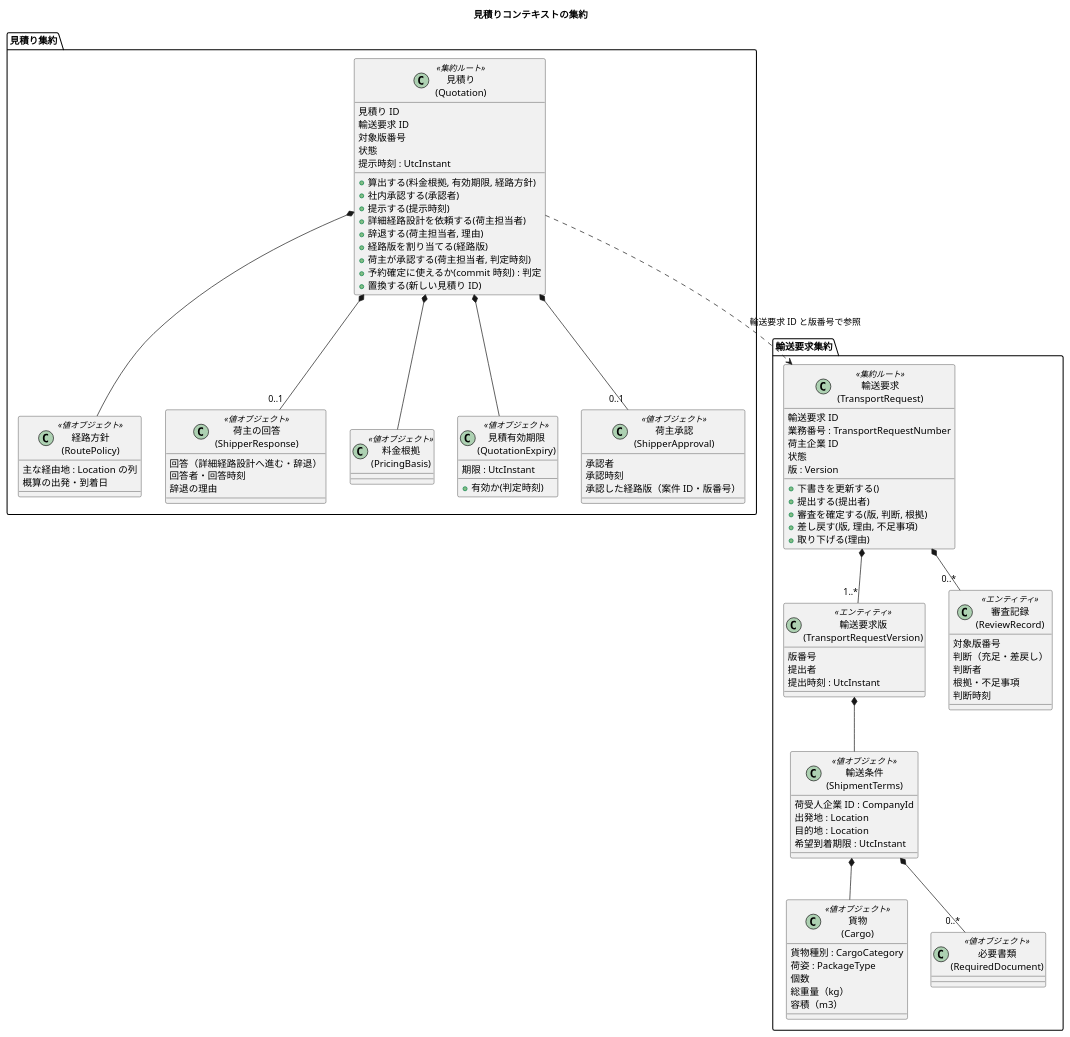
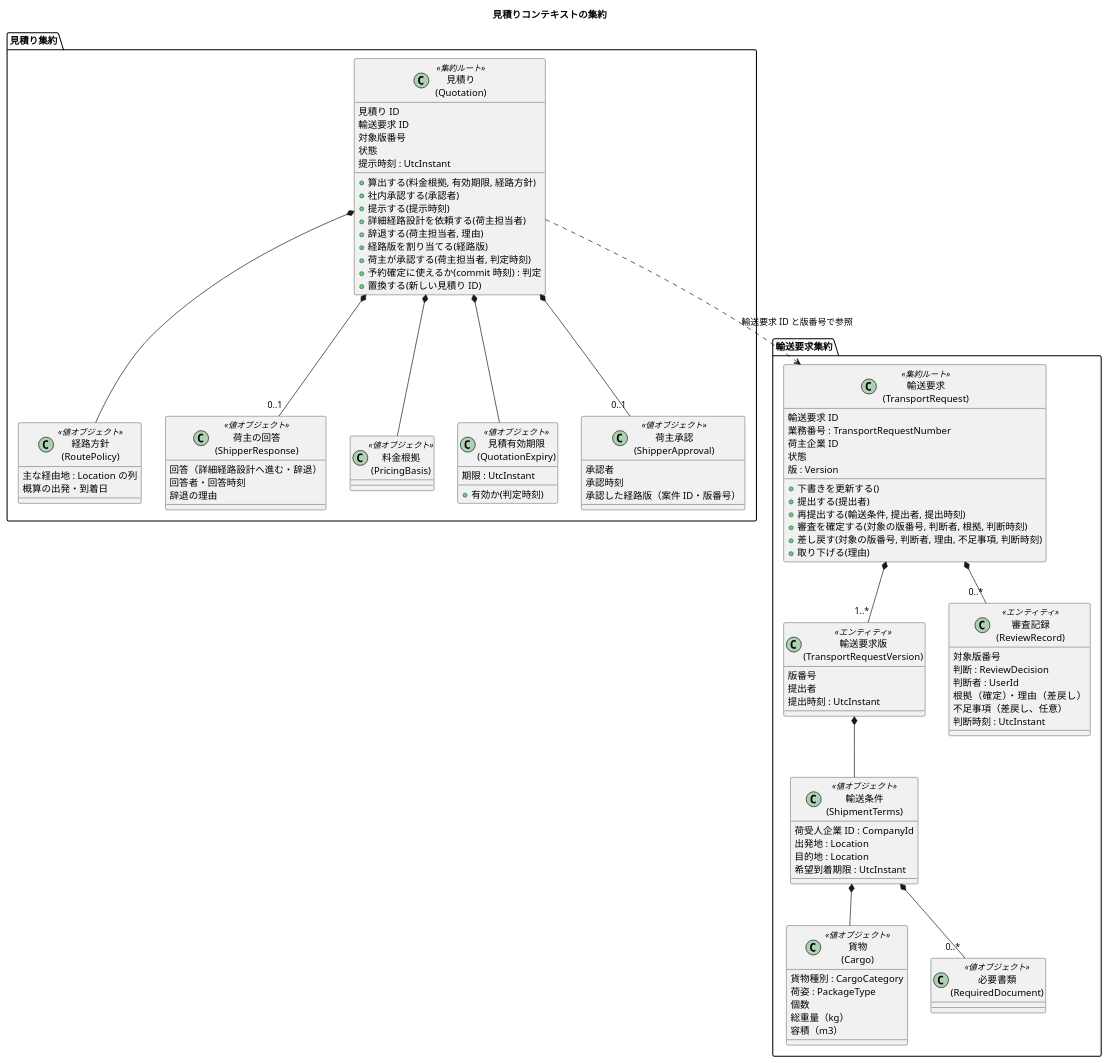
The third of 15 diagrams in docs/design/cargo-tracker/domain_model.md (k2works/practical-domain-driven-design-in-enterpris-application), drawn with PlantUML before and after one commit. The commit also changed other lines of this file and 6 other files, not shown here.

```diff
--- a/docs/design/cargo-tracker/domain_model.md
+++ b/docs/design/cargo-tracker/domain_model.md
@@ -207,8 +209,9 @@
     版 : Version
     + 下書きを更新する()
     + 提出する(提出者)
-    + 審査を確定する(版, 判断, 根拠)
-    + 差し戻す(版, 理由, 不足事項)
+    + 再提出する(輸送条件, 提出者, 提出時刻)
+    + 審査を確定する(対象の版番号, 判断者, 根拠, 判断時刻)
+    + 差し戻す(対象の版番号, 判断者, 理由, 不足事項, 判断時刻)
     + 取り下げる(理由)
   }
   class "輸送要求版\n(TransportRequestVersion)" as TRV <<エンティティ>> {
@@ -232,10 +235,11 @@
   class "必要書類\n(RequiredDocument)" as Doc <<値オブジェクト>>
   class "審査記録\n(ReviewRecord)" as Review <<エンティティ>> {
     対象版番号
-    判断（充足・差戻し）
-    判断者
-    根拠・不足事項
-    判断時刻
+    判断 : ReviewDecision
+    判断者 : UserId
+    根拠（確定）・理由（差戻し）
+    不足事項（差戻し、任意）
+    判断時刻 : UtcInstant
   }
   TR *-- "1..*" TRV
   TRV *-- Terms
```
